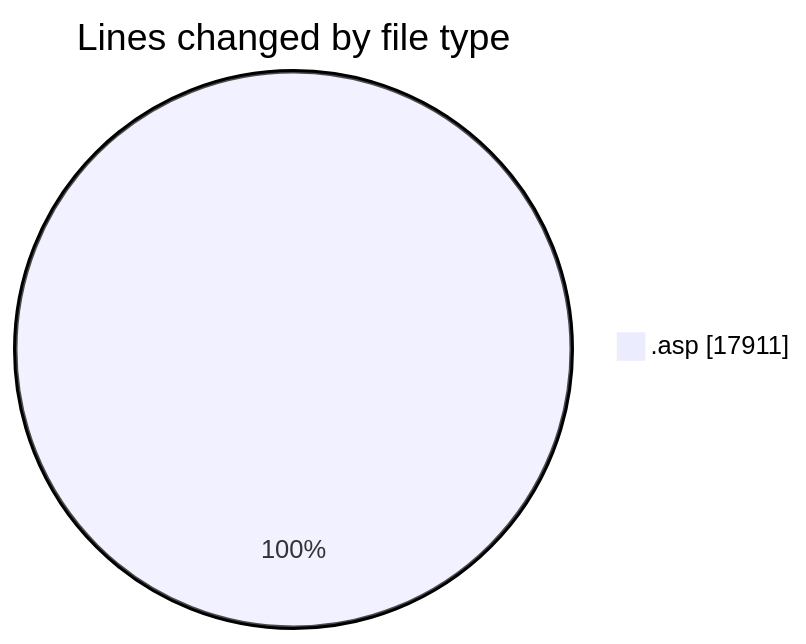
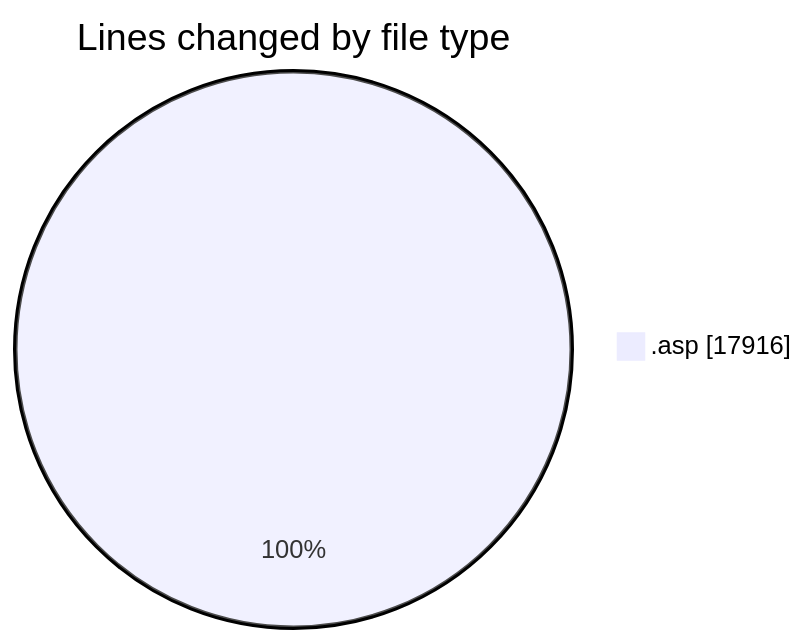
Before and after one commit to julien-gomy/code-tracking: the first of 2 diagrams in 2025-11-01/cdp_aleoudev_fr__workspace_/README.md, drawn with Mermaid. The commit also changed other lines of this file and 1 other file, not shown here.

````diff
--- a/2025-11-01/cdp_aleoudev_fr__workspace_/README.md
+++ b/2025-11-01/cdp_aleoudev_fr__workspace_/README.md
@@ -25,5 +25,5 @@
 ```mermaid
 pie showData
 title Lines changed by file type
-".asp" : 17911
+".asp" : 17916
 ```
````
